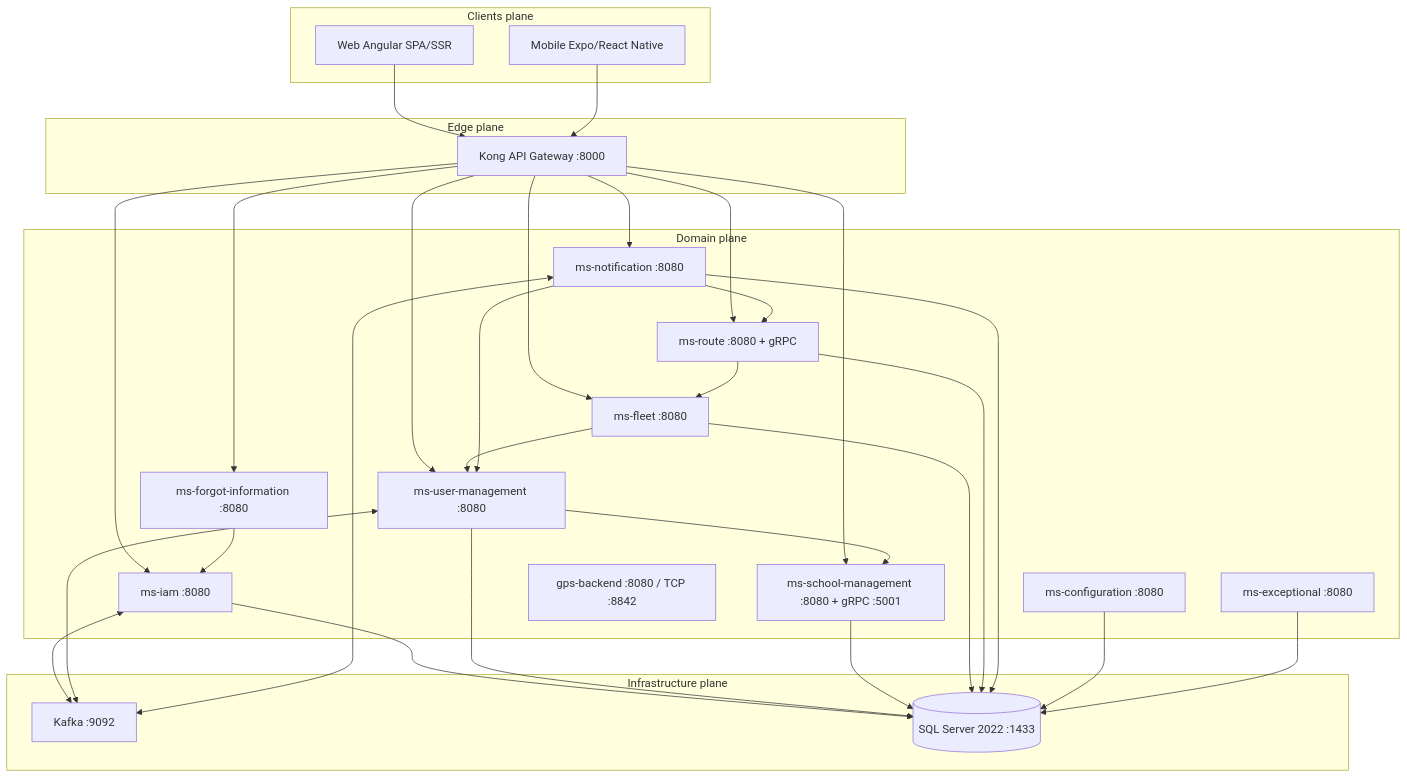
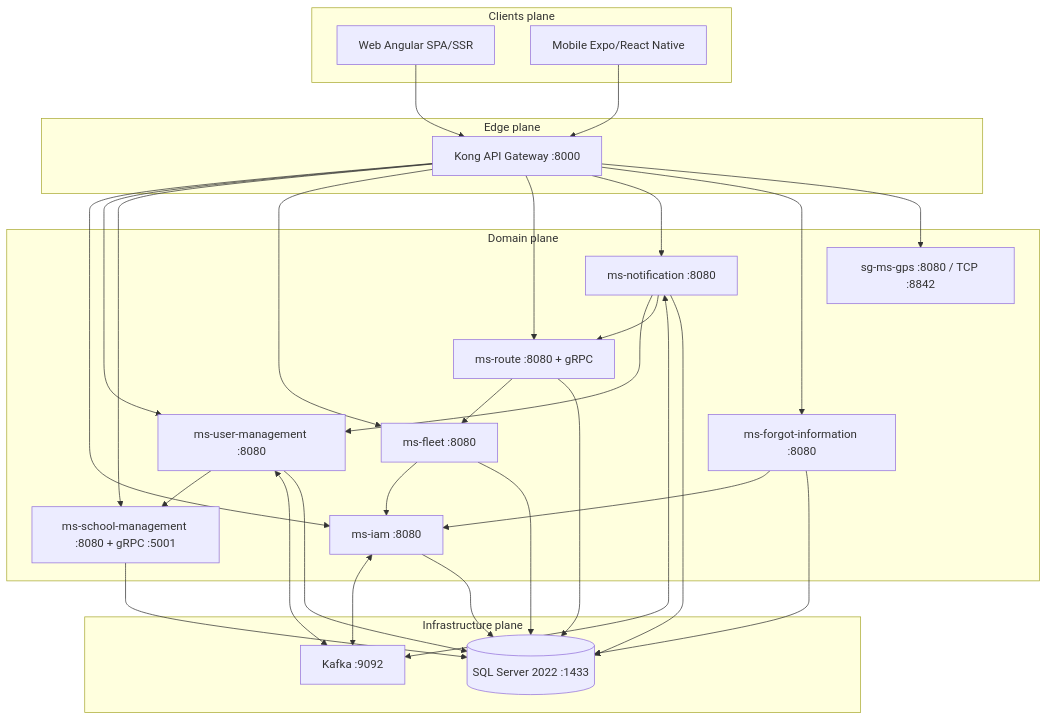
One commit to school-guardian-project/sg-documentation changed the second of 12 diagrams in Manuales/en/Manual-Tecnico-Guardian-Escolar.md. Above: the diagram before and after it, drawn with Mermaid. The commit also changed other lines of this file and 1 other file, not shown here.

````diff
--- a/Manuales/en/Manual-Tecnico-Guardian-Escolar.md
+++ b/Manuales/en/Manual-Tecnico-Guardian-Escolar.md
@@ -229,35 +230,33 @@
 ```mermaid
 flowchart TB
     subgraph P1[Clients plane]
         WEB[Web Angular SPA/SSR]
         MOV[Mobile Expo/React Native]
     end
     subgraph P2[Edge plane]
         KONG[Kong API Gateway :8000]
     end
     subgraph P3[Domain plane]
         IAM[ms-iam :8080]
         UMU[ms-user-management :8080]
         SCH[ms-school-management :8080 + gRPC :5001]
         FLT[ms-fleet :8080]
         ROU[ms-route :8080 + gRPC]
         NOT[ms-notification :8080]
         FOR[ms-forgot-information :8080]
-        CON[ms-configuration :8080]
-        EXC[ms-exceptional :8080]
-        GPSB[gps-backend :8080 / TCP :8842]
+        GPSB[sg-ms-gps :8080 / TCP :8842]
     end
     subgraph P4[Infrastructure plane]
         KAF[Kafka :9092]
         SQL[(SQL Server 2022 :1433)]
     end
     WEB & MOV --> KONG
-    KONG --> IAM & UMU & SCH & FLT & ROU & NOT & FOR
+    KONG --> IAM & UMU & SCH & FLT & ROU & NOT & FOR & GPSB
     UMU --> SCH
-    FLT --> UMU
+    FLT --> IAM
     ROU --> FLT
     NOT --> UMU & ROU
     FOR --> IAM
     IAM & UMU & NOT <--> KAF
-    IAM & UMU & SCH & FLT & ROU & NOT & CON & EXC --> SQL
+    IAM & UMU & SCH & FLT & ROU & NOT & FOR --> SQL
 ```
````
